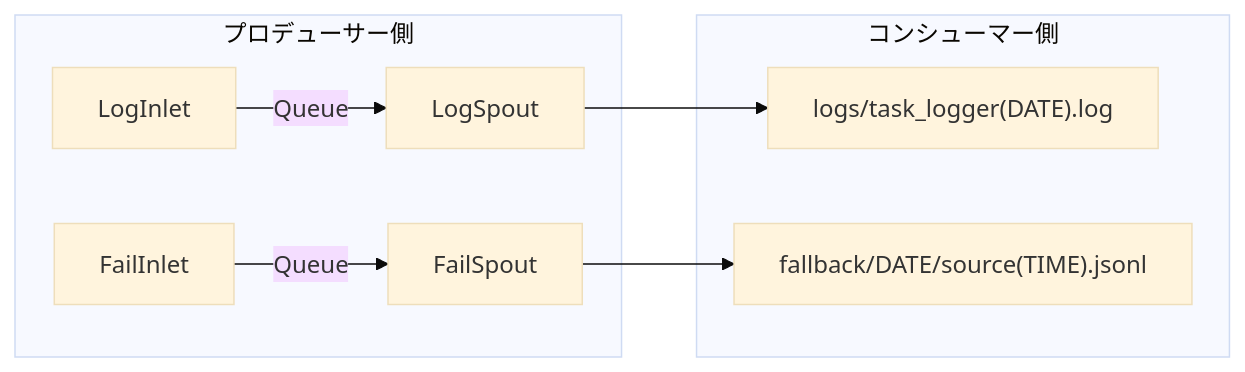
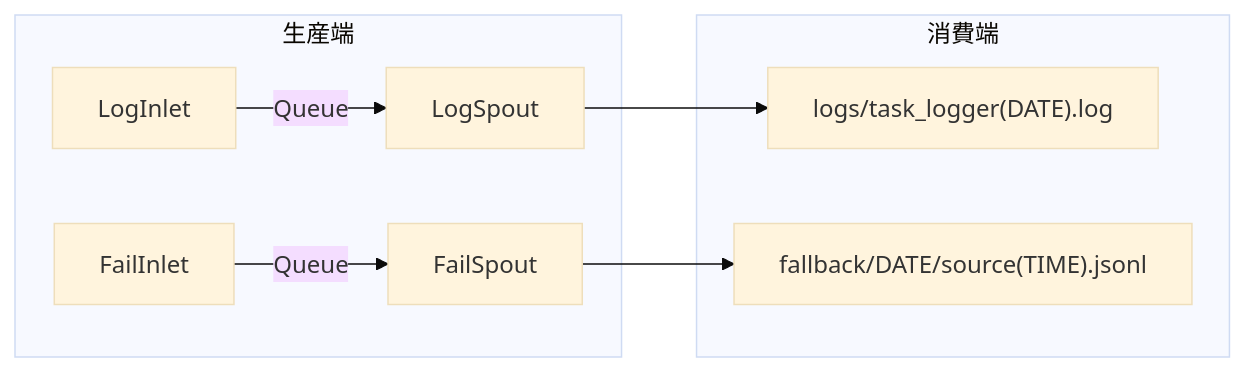
One commit to Mr-xiaotian/CelestialFlow changed the sixth of 9 diagrams in docs/ja/presentation.md. Above: the diagram before and after it, drawn with Mermaid (base theme). The commit also changed other lines of this file and 278 other files, not shown here.

````diff
--- a/docs/ja/presentation.md
+++ b/docs/ja/presentation.md
@@ -336,12 +336,12 @@
 ```mermaid
 graph LR
-    subgraph プロデューサー側
+    subgraph 生産端
         A[LogInlet] -->|Queue| B[LogSpout]
         C[FailInlet] -->|Queue| D[FailSpout]
     end
 
-    subgraph コンシューマー側
+    subgraph 消費端
         B --> E["logs/task_logger(DATE).log"]
         D --> F["fallback/DATE/source(TIME).jsonl"]
     end
 ```
````
